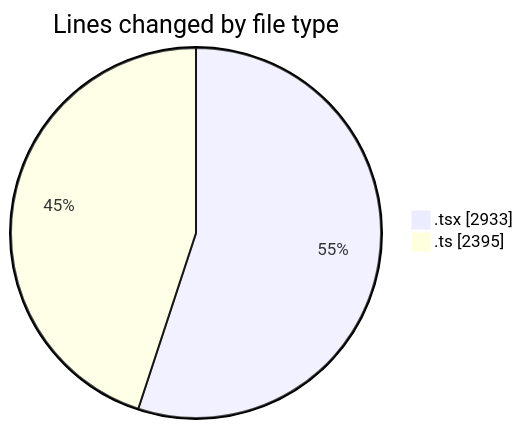
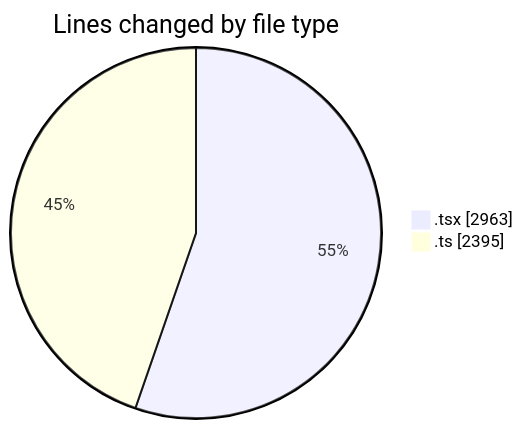
One commit to nxtqubesakshisongat/code-tracking changed the first of 2 diagrams in 2026-02-20/nxtqube_webapp/README.md. Above: the diagram before and after it, drawn with Mermaid. The commit also changed other lines of this file and 1 other file, not shown here.

````diff
--- a/2026-02-20/nxtqube_webapp/README.md
+++ b/2026-02-20/nxtqube_webapp/README.md
@@ -32,6 +32,6 @@
 ```mermaid
 pie showData
 title Lines changed by file type
-".tsx" : 2933
+".tsx" : 2963
 ".ts" : 2395
 ```
````
